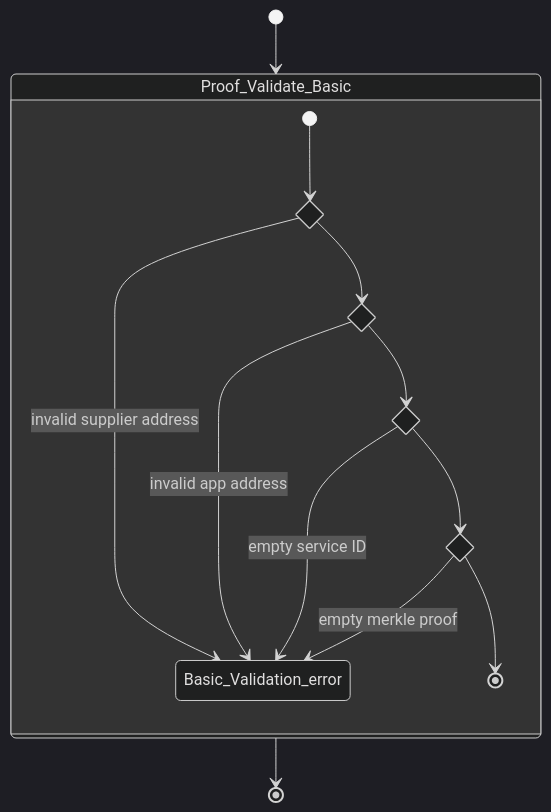
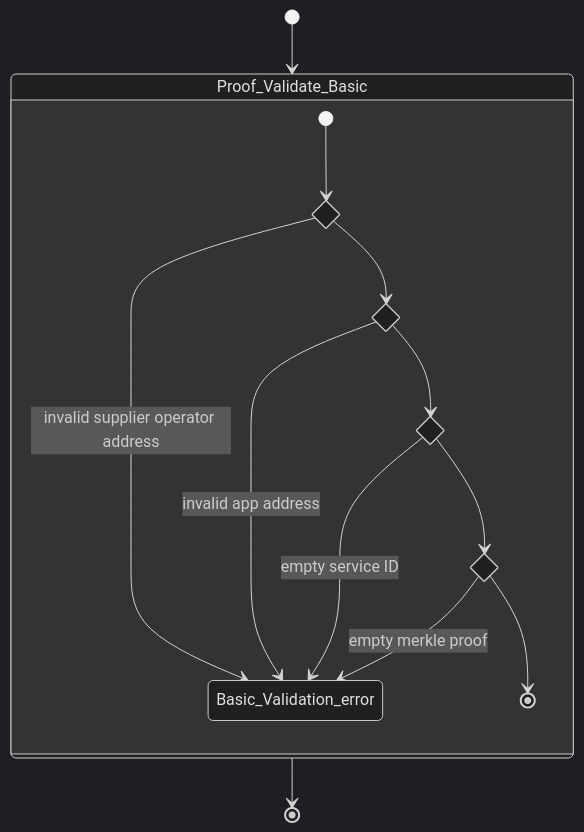
Diagram 13 of 17 in docusaurus/docs/protocol/primitives/claim_and_proof_lifecycle.md (pokt-network/poktroll), drawn with Mermaid (dark theme) before and after one commit. The commit also changed other lines of this file and 158 other files, not shown here.

First line of the commit message:
[Supplier] Rename Supplier.Address to Supplier.OperatorAddress (#722)

````diff
--- a/docusaurus/docs/protocol/primitives/claim_and_proof_lifecycle.md
+++ b/docusaurus/docs/protocol/primitives/claim_and_proof_lifecycle.md
@@ -686,23 +695,23 @@
 ```mermaid
 stateDiagram-v2
 
   [*] --> Proof_Validate_Basic
 
   state Proof_Validate_Basic {
-    state if_supplier_addr_valid <<choice>>
+    state if_supplier_operator_addr_valid <<choice>>
     state if_app_addr_valid <<choice>>
     state if_service_id_empty <<choice>>
     state if_proof_empty <<choice>>
-    [*] --> if_supplier_addr_valid
-    if_supplier_addr_valid --> Basic_Validation_error: invalid supplier address
-    if_supplier_addr_valid --> if_app_addr_valid
+    [*] --> if_supplier_operator_addr_valid
+    if_supplier_operator_addr_valid --> Basic_Validation_error: invalid supplier operator address
+    if_supplier_operator_addr_valid --> if_app_addr_valid
     if_app_addr_valid --> Basic_Validation_error: invalid app address
     if_app_addr_valid --> if_service_id_empty
     if_service_id_empty --> Basic_Validation_error: empty service ID
     if_service_id_empty --> if_proof_empty
     if_proof_empty --> Basic_Validation_error: empty merkle proof
     if_proof_empty --> [*]
   }
 
   Proof_Validate_Basic --> [*]
 ```
````
